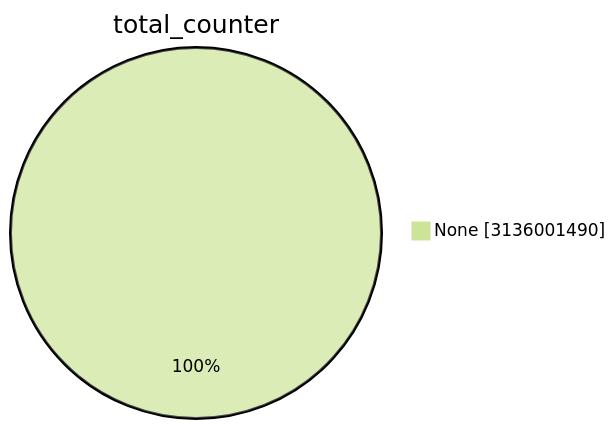
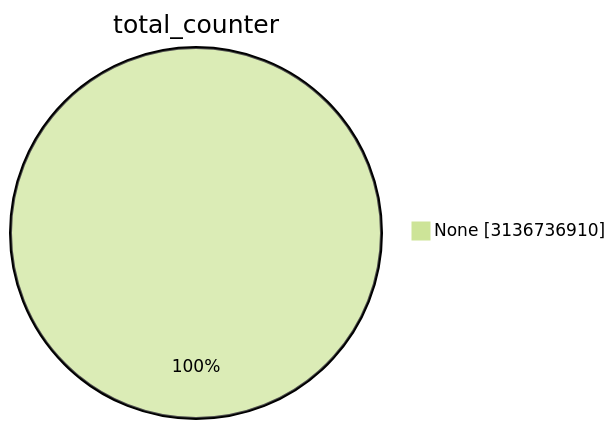
Before and after one commit to christiankrug/ctmonitor_visualization: the first of 15 diagrams in TOTAL/README.md, drawn with Mermaid (forest theme). The commit also changed other lines of this file, not shown here.

````diff
--- a/TOTAL/README.md
+++ b/TOTAL/README.md
@@ -1,5 +1,5 @@
 ```mermaid
 pie showData
 title total_counter
-"None" :3136001490
+"None" :3136736910
 ```
````
